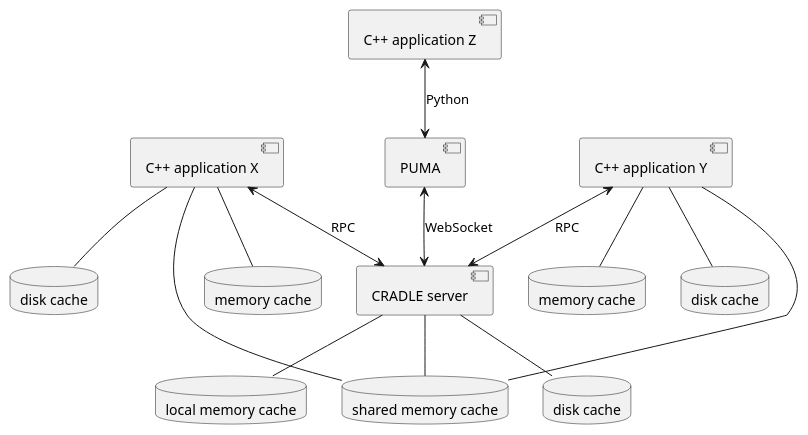
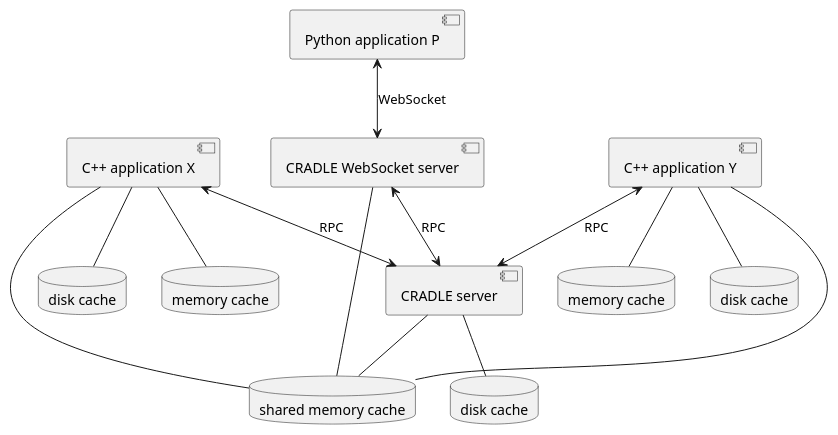
Before and after one commit to open-cradle/cradle: the third of 3 diagrams in docs/milestone3/rpc.md, drawn with PlantUML. The commit also changed other lines of this file, not shown here.

````diff
--- a/docs/milestone3/rpc.md
+++ b/docs/milestone3/rpc.md
@@ -69,34 +64,33 @@
 ```plantuml
 @startuml
 component appX as "C++ application X"
 database appX_mem_cache as "memory cache"
 database appX_disk_cache as "disk cache"
 appX -- appX_mem_cache
 appX -- appX_disk_cache
 
 component server as "CRADLE server"
 database server_disk_cache as "disk cache"
 server -- server_disk_cache
 
 component appY as "C++ application Y"
 database appY_mem_cache as "memory cache"
 database appY_disk_cache as "disk cache"
 appY -- appY_mem_cache
 appY -- appY_disk_cache
 
+component appP as "Python application P"
+component ws_server as "CRADLE WebSocket server"
+
 database shared_mem_cache as "shared memory cache"
 appX -- shared_mem_cache
 appY -- shared_mem_cache
 server -- shared_mem_cache
-database server_mem_cache as "local memory cache"
-server -- server_mem_cache
-
-component appZ as "C++ application Z"
-component puma as "PUMA"
+ws_server -- shared_mem_cache
 
 appX <--> server : RPC
 appY <--> server : RPC
-appZ <--> puma : Python
-puma <--> server: WebSocket
+appP <--> ws_server: WebSocket
+ws_server <--> server: RPC
 @enduml
 ```
````
